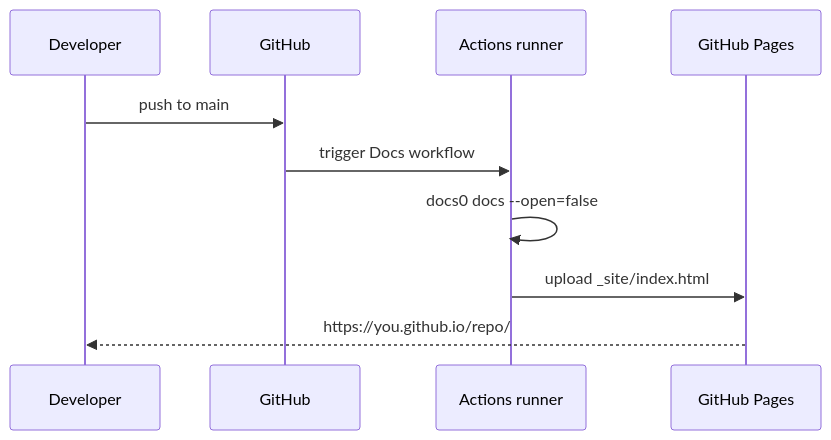
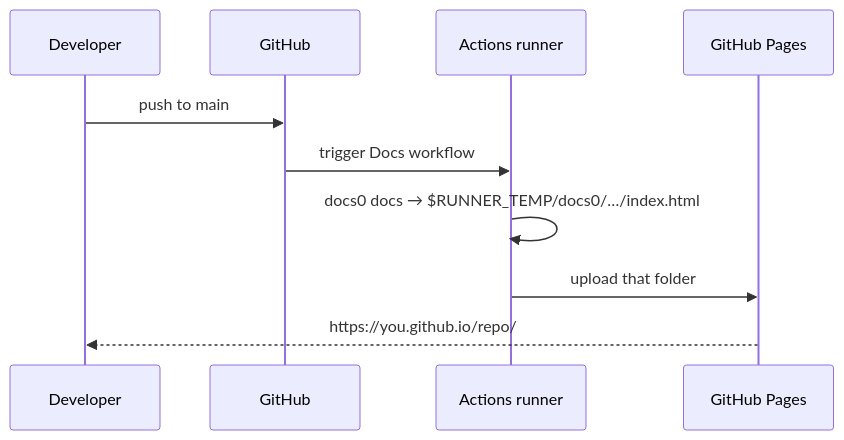
One commit to tforster/docs0 changed the diagram in docs/02-guides/04-publishing.md. Above: the diagram before and after it, drawn with Mermaid. The commit also changed other lines of this file and 11 other files, not shown here.

First line of the commit message:
Write output to the OS temp folder by default; link live dogfood docs

````diff
--- a/docs/02-guides/04-publishing.md
+++ b/docs/02-guides/04-publishing.md
@@ -53,12 +54,12 @@
 ```mermaid
 sequenceDiagram
   participant Dev as Developer
   participant GH as GitHub
   participant Runner as Actions runner
   participant Pages as GitHub Pages
   Dev->>GH: push to main
   GH->>Runner: trigger Docs workflow
-  Runner->>Runner: docs0 docs --open=false
-  Runner->>Pages: upload _site/index.html
+  Runner->>Runner: docs0 docs → $RUNNER_TEMP/docs0/…/index.html
+  Runner->>Pages: upload that folder
   Pages-->>Dev: https://you.github.io/repo/
 ```
````
